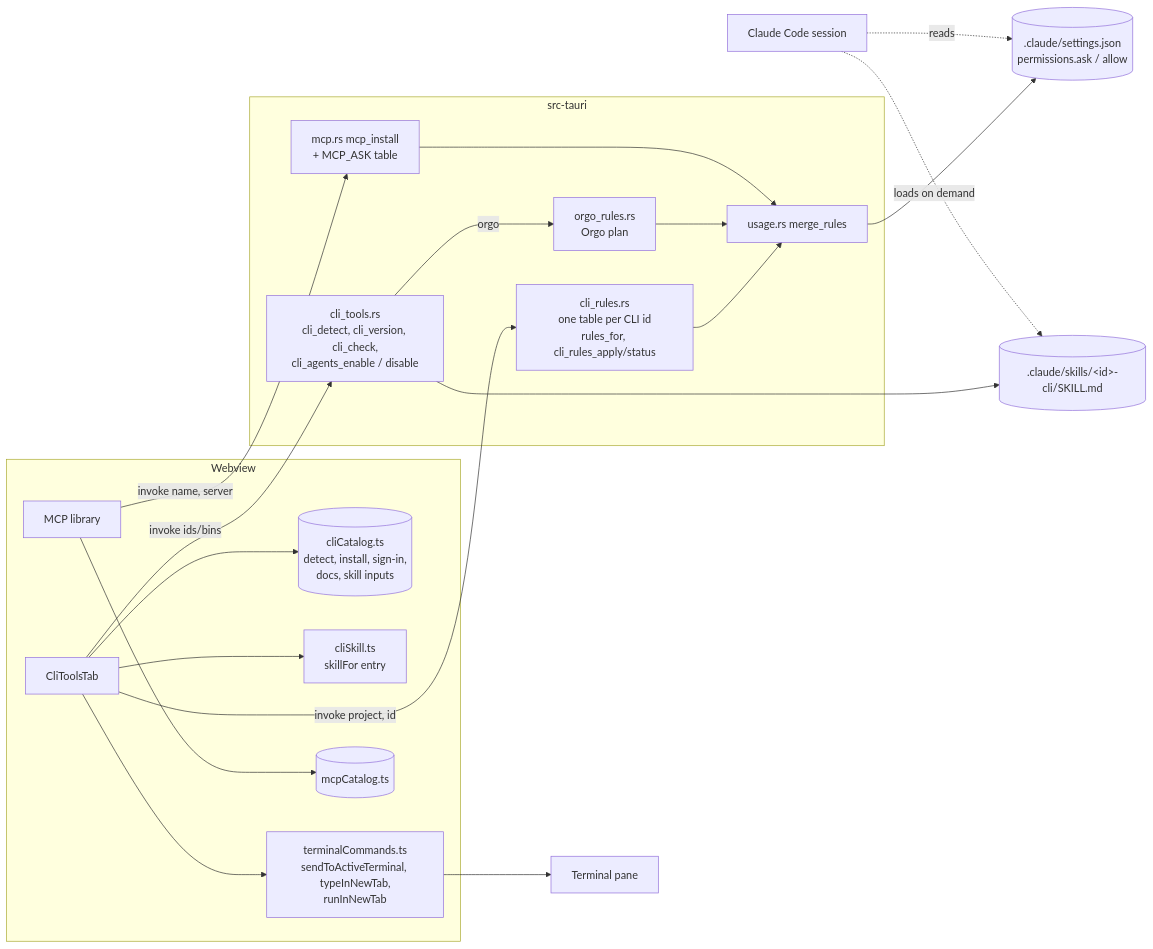
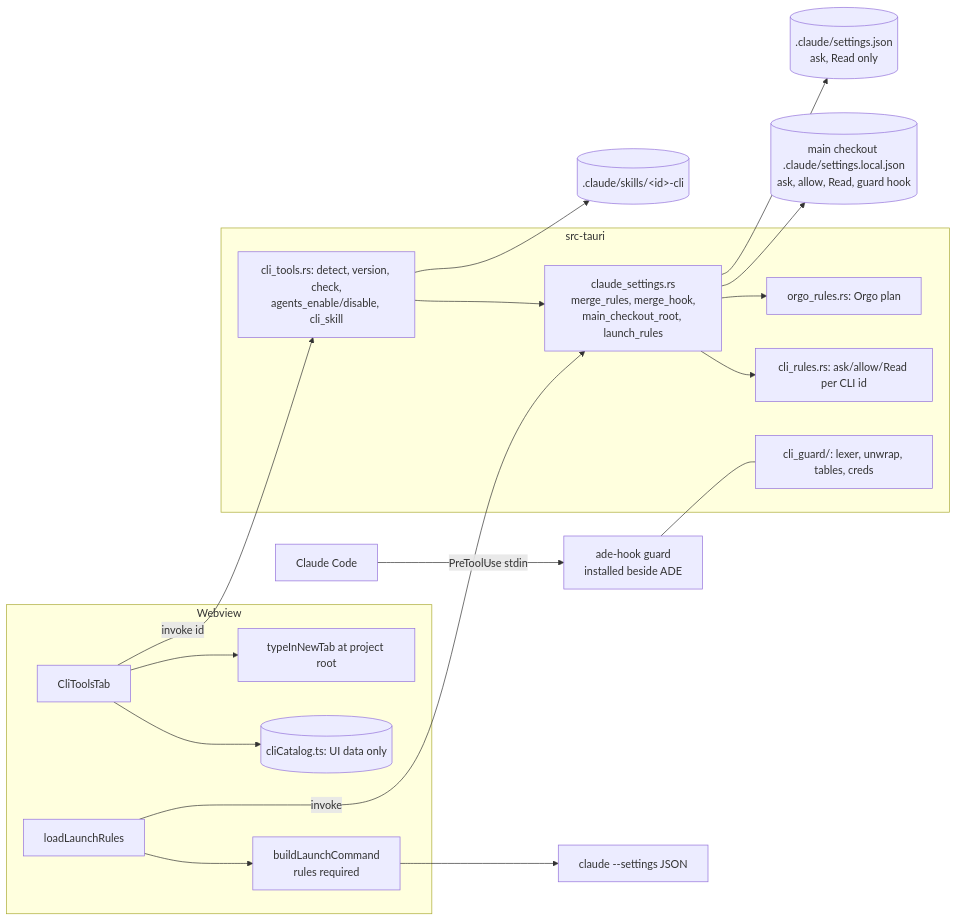
One commit to alvin-reyes/better-agentic-ide changed the first of 3 diagrams in _bmad-output/plan-cli-library-and-mcps.md. Above: the diagram before and after it, drawn with Mermaid. The commit also changed other lines of this file, not shown here.

Commit message:
Plan: narrow CLI library v1 to four CLIs behind a command guard (review round 1)

````diff
--- a/_bmad-output/plan-cli-library-and-mcps.md
+++ b/_bmad-output/plan-cli-library-and-mcps.md
@@ -181,28 +333,27 @@
 ```mermaid
 flowchart LR
   subgraph Webview
-    TAB[CliToolsTab] --> CAT[(cliCatalog.ts<br/>detect, install, sign-in,<br/>docs, skill inputs)]
-    TAB --> SK[cliSkill.ts<br/>skillFor entry]
-    TAB --> TC[terminalCommands.ts<br/>sendToActiveTerminal, typeInNewTab,<br/>runInNewTab]
-    MCPTAB[MCP library] --> MCAT[(mcpCatalog.ts)]
+    TAB[CliToolsTab] --> CAT[(cliCatalog.ts: UI data only)]
+    TAB --> TC[typeInNewTab at project root]
+    LR[loadLaunchRules] --> BLC[buildLaunchCommand<br/>rules required]
   end
-  subgraph Rust [src-tauri]
-    CT[cli_tools.rs<br/>cli_detect, cli_version, cli_check,<br/>cli_agents_enable / disable]
-    CR[cli_rules.rs<br/>one table per CLI id<br/>rules_for, cli_rules_apply/status]
-    OR[orgo_rules.rs<br/>Orgo plan]
-    US[usage.rs merge_rules]
-    MC[mcp.rs mcp_install<br/>+ MCP_ASK table]
+  subgraph Rust[src-tauri]
+    CS[claude_settings.rs<br/>merge_rules, merge_hook,<br/>main_checkout_root, launch_rules]
+    CR[cli_rules.rs: ask/allow/Read per CLI id]
+    OR[orgo_rules.rs: Orgo plan]
+    CT[cli_tools.rs: detect, version, check,<br/>agents_enable/disable, cli_skill]
+    G[cli_guard/: lexer, unwrap, tables, creds]
   end
-  TAB -- invoke ids/bins --> CT
-  TAB -- invoke project, id --> CR
-  CR --> US
-  CT -- orgo --> OR
-  OR --> US
-  MCPTAB -- invoke name, server --> MC
-  MC --> US
-  US --> SET[(.claude/settings.json<br/>permissions.ask / allow)]
-  CT --> SKF[(.claude/skills/&lt;id&gt;-cli/SKILL.md)]
-  TC --> PTY[Terminal pane]
-  CC[Claude Code session] -. reads .-> SET
-  CC -. loads on demand .-> SKF
+  HELPER[ade-hook guard<br/>installed beside ADE]
+  LR -- invoke --> CS
+  CS --> CR
+  CS --> OR
+  TAB -- invoke id --> CT
+  CT --> CS
+  CS --> LOCAL[(main checkout .claude/settings.local.json<br/>ask, allow, Read, guard hook)]
+  CS --> SHARED[(.claude/settings.json<br/>ask, Read only)]
+  CT --> SK[(.claude/skills/&lt;id&gt;-cli)]
+  BLC --> PTY[claude --settings JSON]
+  CC[Claude Code] -- PreToolUse stdin --> HELPER
+  HELPER --- G
 ```
````
